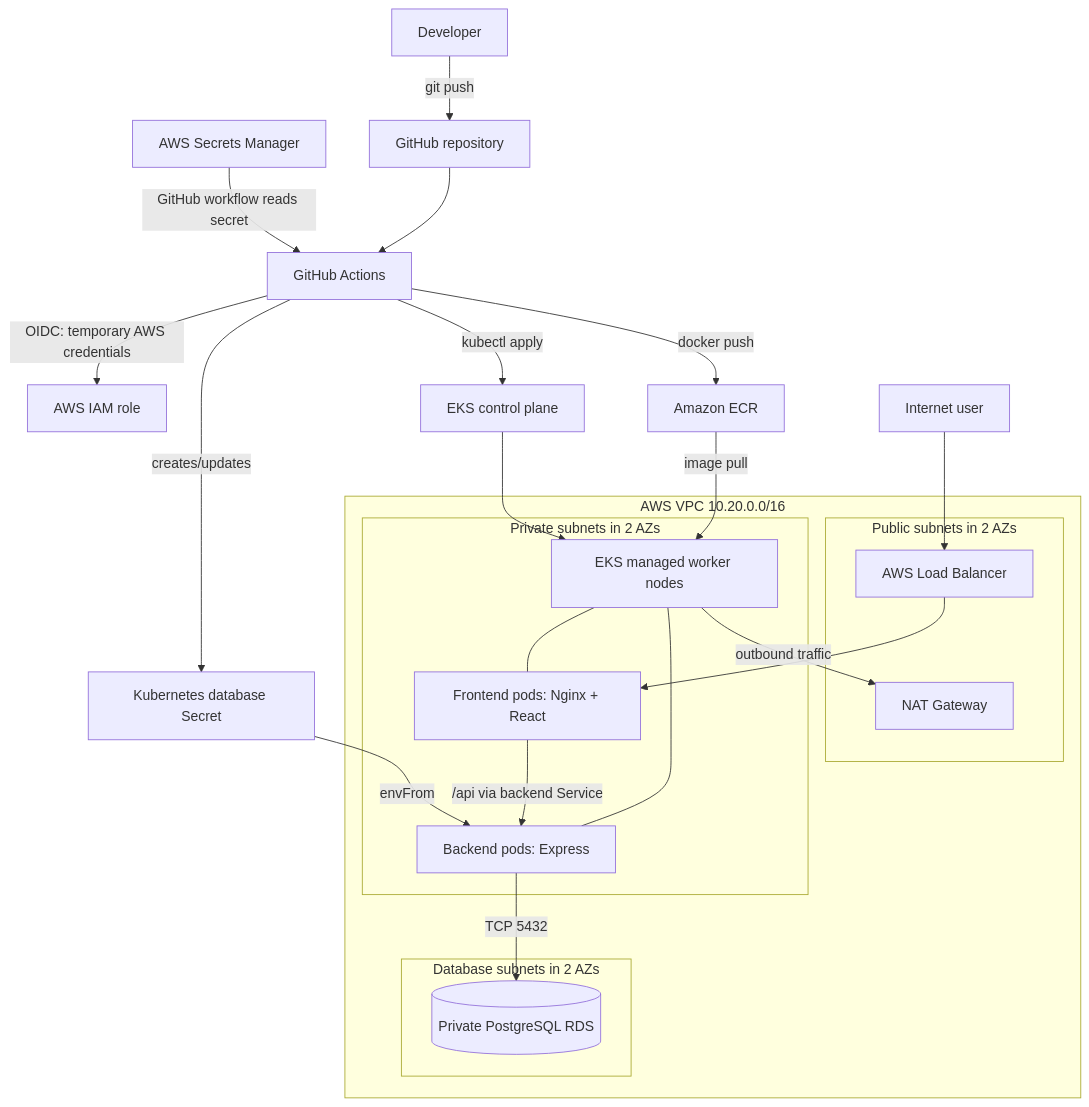
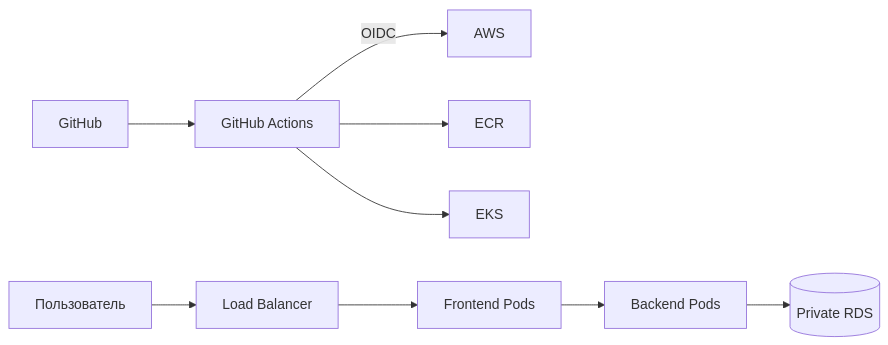
One commit to nrysbek-git/bookingkg-capstone-project-teacher changed the second of 2 diagrams in README.md. Above: the diagram before and after it, drawn with Mermaid. The commit also changed other lines of this file and 22 other files, not shown here.

````diff
--- a/README.md
+++ b/README.md
@@ -368,39 +51,11 @@
 ```mermaid
-flowchart TB
-    DEV[Developer] -->|git push| GH[GitHub repository]
-    GH --> GA[GitHub Actions]
-    GA -->|OIDC: temporary AWS credentials| IAM[AWS IAM role]
-    GA -->|docker push| ECR[Amazon ECR]
-    GA -->|kubectl apply| EKS[EKS control plane]
-
-    USER[Internet user] --> LB[AWS Load Balancer]
-
-    subgraph VPC[AWS VPC 10.20.0.0/16]
-        subgraph PUBLIC[Public subnets in 2 AZs]
-            LB
-            NAT[NAT Gateway]
-        end
-
-        subgraph PRIVATE[Private subnets in 2 AZs]
-            NODES[EKS managed worker nodes]
-            FRONT[Frontend pods: Nginx + React]
-            BACK[Backend pods: Express]
-            NODES --- FRONT
-            NODES --- BACK
-        end
-
-        subgraph DATABASE[Database subnets in 2 AZs]
-            RDS[(Private PostgreSQL RDS)]
-        end
-    end
-
-    ECR -->|image pull| NODES
-    EKS --> NODES
-    LB --> FRONT
-    FRONT -->|/api via backend Service| BACK
-    BACK -->|TCP 5432| RDS
-    NODES -->|outbound traffic| NAT
-    SM[AWS Secrets Manager] -->|GitHub workflow reads secret| GA
-    GA -->|creates/updates| KS[Kubernetes database Secret]
-    KS -->|envFrom| BACK
+flowchart LR
+  GH[GitHub] --> CI[GitHub Actions]
+  CI -->|OIDC| AWS[AWS]
+  CI --> ECR[ECR]
+  CI --> EKS[EKS]
+  USER[Пользователь] --> LB[Load Balancer]
+  LB --> FE[Frontend Pods]
+  FE --> BE[Backend Pods]
+  BE --> RDS[(Private RDS)]
 ```
````
